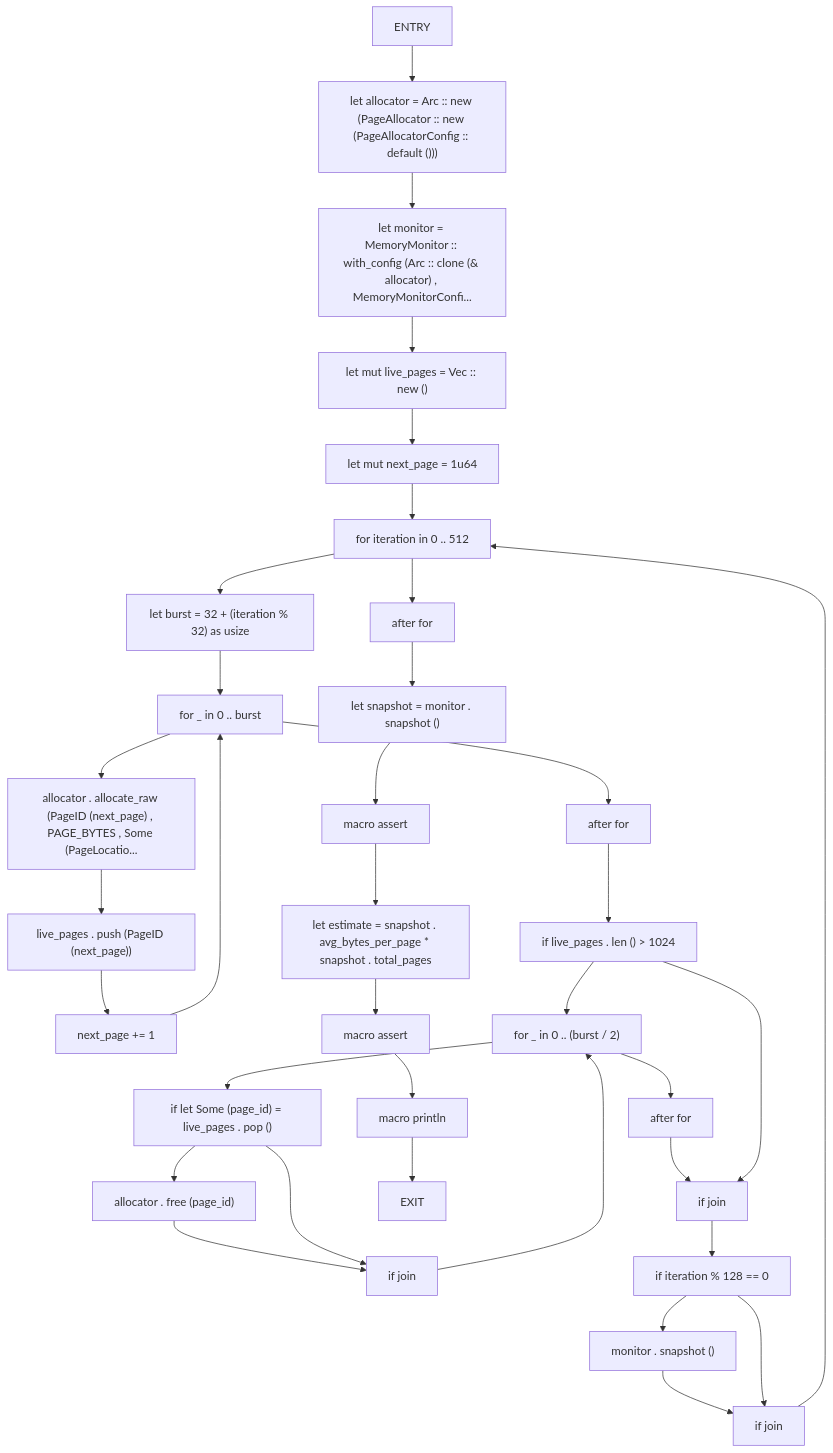
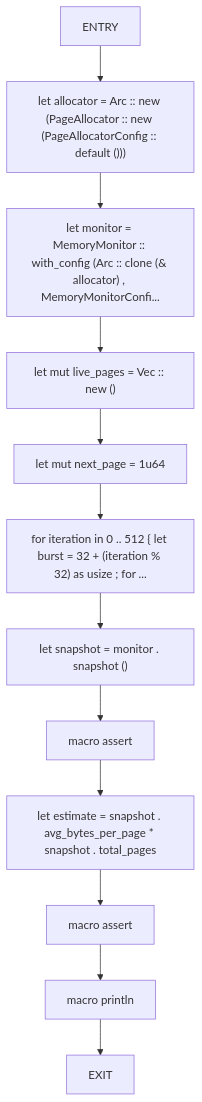
The tenth of 52 diagrams in docs/analysis/cfg/100-tests.md (cicero-violate/MMSB), drawn with Mermaid before and after one commit. The commit also changed other lines of this file and 865 other files, not shown here.

````diff
--- a/docs/analysis/cfg/100-tests.md
+++ b/docs/analysis/cfg/100-tests.md
@@ -216,66 +190,26 @@
 ```mermaid
 flowchart TD
     fragmentation_probe_remains_stable_0["ENTRY"]
     fragmentation_probe_remains_stable_1["let allocator = Arc :: new (PageAllocator :: new (PageAllocatorConfig :: default ()))"]
     fragmentation_probe_remains_stable_2["let monitor = MemoryMonitor :: with_config (Arc :: clone (& allocator) , MemoryMonitorConfi..."]
     fragmentation_probe_remains_stable_3["let mut live_pages = Vec :: new ()"]
     fragmentation_probe_remains_stable_4["let mut next_page = 1u64"]
-    fragmentation_probe_remains_stable_5["for iteration in 0 .. 512"]
-    fragmentation_probe_remains_stable_6["let burst = 32 + (iteration % 32) as usize"]
-    fragmentation_probe_remains_stable_7["for _ in 0 .. burst"]
-    fragmentation_probe_remains_stable_8["allocator . allocate_raw (PageID (next_page) , PAGE_BYTES , Some (PageLocatio..."]
-    fragmentation_probe_remains_stable_9["live_pages . push (PageID (next_page))"]
-    fragmentation_probe_remains_stable_10["next_page += 1"]
-    fragmentation_probe_remains_stable_11["after for"]
-    fragmentation_probe_remains_stable_12["if live_pages . len () > 1024"]
-    fragmentation_probe_remains_stable_13["for _ in 0 .. (burst / 2)"]
-    fragmentation_probe_remains_stable_14["if let Some (page_id) = live_pages . pop ()"]
-    fragmentation_probe_remains_stable_15["allocator . free (page_id)"]
-    fragmentation_probe_remains_stable_16["if join"]
-    fragmentation_probe_remains_stable_17["after for"]
-    fragmentation_probe_remains_stable_18["if join"]
-    fragmentation_probe_remains_stable_19["if iteration % 128 == 0"]
-    fragmentation_probe_remains_stable_20["monitor . snapshot ()"]
-    fragmentation_probe_remains_stable_21["if join"]
-    fragmentation_probe_remains_stable_22["after for"]
-    fragmentation_probe_remains_stable_23["let snapshot = monitor . snapshot ()"]
-    fragmentation_probe_remains_stable_24["macro assert"]
-    fragmentation_probe_remains_stable_25["let estimate = snapshot . avg_bytes_per_page * snapshot . total_pages"]
-    fragmentation_probe_remains_stable_26["macro assert"]
-    fragmentation_probe_remains_stable_27["macro println"]
-    fragmentation_probe_remains_stable_28["EXIT"]
+    fragmentation_probe_remains_stable_5["for iteration in 0 .. 512 { let burst = 32 + (iteration % 32) as usize ; for ..."]
+    fragmentation_probe_remains_stable_6["let snapshot = monitor . snapshot ()"]
+    fragmentation_probe_remains_stable_7["macro assert"]
+    fragmentation_probe_remains_stable_8["let estimate = snapshot . avg_bytes_per_page * snapshot . total_pages"]
+    fragmentation_probe_remains_stable_9["macro assert"]
+    fragmentation_probe_remains_stable_10["macro println"]
+    fragmentation_probe_remains_stable_11["EXIT"]
     fragmentation_probe_remains_stable_0 --> fragmentation_probe_remains_stable_1
     fragmentation_probe_remains_stable_1 --> fragmentation_probe_remains_stable_2
     fragmentation_probe_remains_stable_2 --> fragmentation_probe_remains_stable_3
     fragmentation_probe_remains_stable_3 --> fragmentation_probe_remains_stable_4
     fragmentation_probe_remains_stable_4 --> fragmentation_probe_remains_stable_5
     fragmentation_probe_remains_stable_5 --> fragmentation_probe_remains_stable_6
     fragmentation_probe_remains_stable_6 --> fragmentation_probe_remains_stable_7
     fragmentation_probe_remains_stable_7 --> fragmentation_probe_remains_stable_8
     fragmentation_probe_remains_stable_8 --> fragmentation_probe_remains_stable_9
     fragmentation_probe_remains_stable_9 --> fragmentation_probe_remains_stable_10
-    fragmentation_probe_remains_stable_10 --> fragmentation_probe_remains_stable_7
-    fragmentation_probe_remains_stable_7 --> fragmentation_probe_remains_stable_11
-    fragmentation_probe_remains_stable_11 --> fragmentation_probe_remains_stable_12
-    fragmentation_probe_remains_stable_12 --> fragmentation_probe_remains_stable_13
-    fragmentation_probe_remains_stable_13 --> fragmentation_probe_remains_stable_14
-    fragmentation_probe_remains_stable_14 --> fragmentation_probe_remains_stable_15
-    fragmentation_probe_remains_stable_15 --> fragmentation_probe_remains_stable_16
-    fragmentation_probe_remains_stable_14 --> fragmentation_probe_remains_stable_16
-    fragmentation_probe_remains_stable_16 --> fragmentation_probe_remains_stable_13
-    fragmentation_probe_remains_stable_13 --> fragmentation_probe_remains_stable_17
-    fragmentation_probe_remains_stable_17 --> fragmentation_probe_remains_stable_18
-    fragmentation_probe_remains_stable_12 --> fragmentation_probe_remains_stable_18
-    fragmentation_probe_remains_stable_18 --> fragmentation_probe_remains_stable_19
-    fragmentation_probe_remains_stable_19 --> fragmentation_probe_remains_stable_20
-    fragmentation_probe_remains_stable_20 --> fragmentation_probe_remains_stable_21
-    fragmentation_probe_remains_stable_19 --> fragmentation_probe_remains_stable_21
-    fragmentation_probe_remains_stable_21 --> fragmentation_probe_remains_stable_5
-    fragmentation_probe_remains_stable_5 --> fragmentation_probe_remains_stable_22
-    fragmentation_probe_remains_stable_22 --> fragmentation_probe_remains_stable_23
-    fragmentation_probe_remains_stable_23 --> fragmentation_probe_remains_stable_24
-    fragmentation_probe_remains_stable_24 --> fragmentation_probe_remains_stable_25
-    fragmentation_probe_remains_stable_25 --> fragmentation_probe_remains_stable_26
-    fragmentation_probe_remains_stable_26 --> fragmentation_probe_remains_stable_27
-    fragmentation_probe_remains_stable_27 --> fragmentation_probe_remains_stable_28
+    fragmentation_probe_remains_stable_10 --> fragmentation_probe_remains_stable_11
 ```
````
